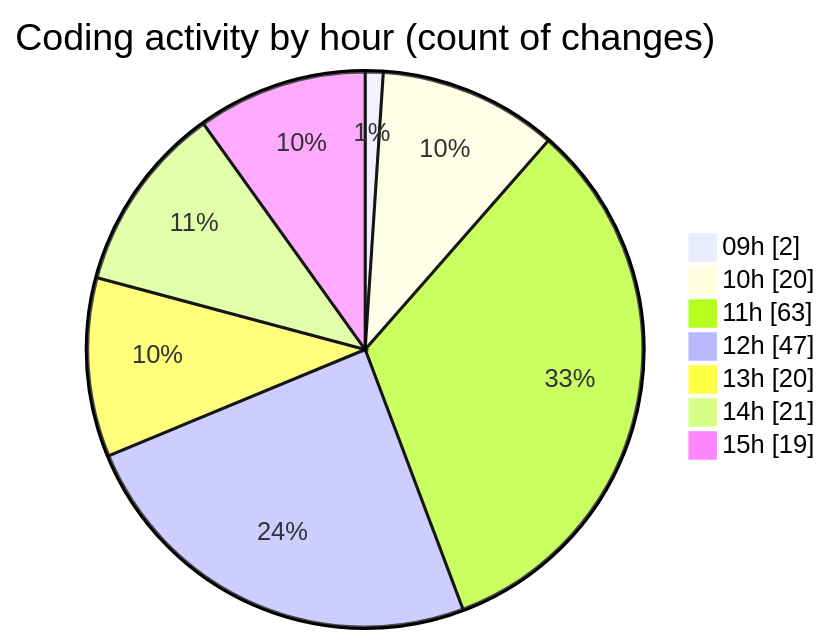
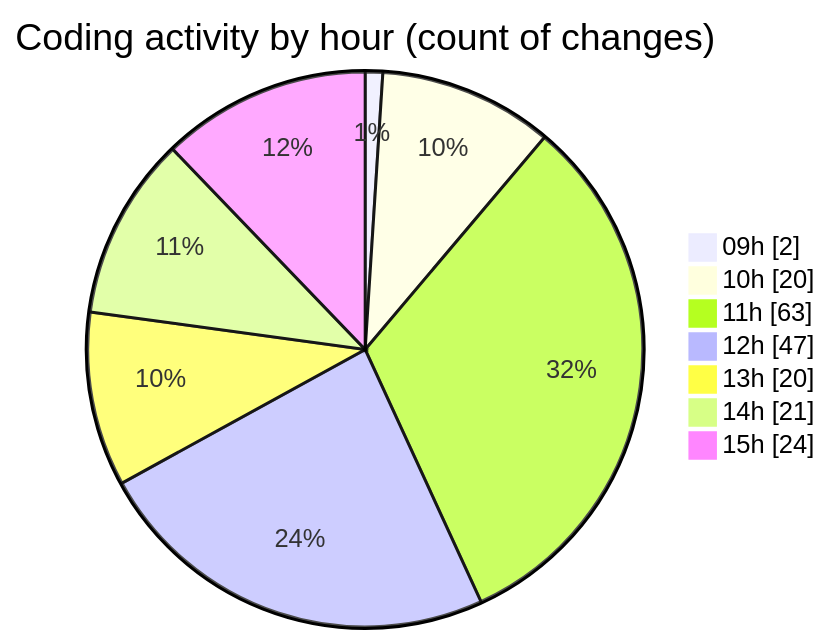
One commit to momahboobian/code-tracking changed the second of 2 diagrams in 2025-04-08/cda/README.md. Above: the diagram before and after it, drawn with Mermaid. The commit also changed other lines of this file and 1 other file, not shown here.

````diff
--- a/2025-04-08/cda/README.md
+++ b/2025-04-08/cda/README.md
@@ -41,11 +41,11 @@
 ```mermaid
 pie showData
 title Coding activity by hour (count of changes)
 "09h" : 2
 "10h" : 20
 "11h" : 63
 "12h" : 47
 "13h" : 20
 "14h" : 21
-"15h" : 19
+"15h" : 24
 ```
````
